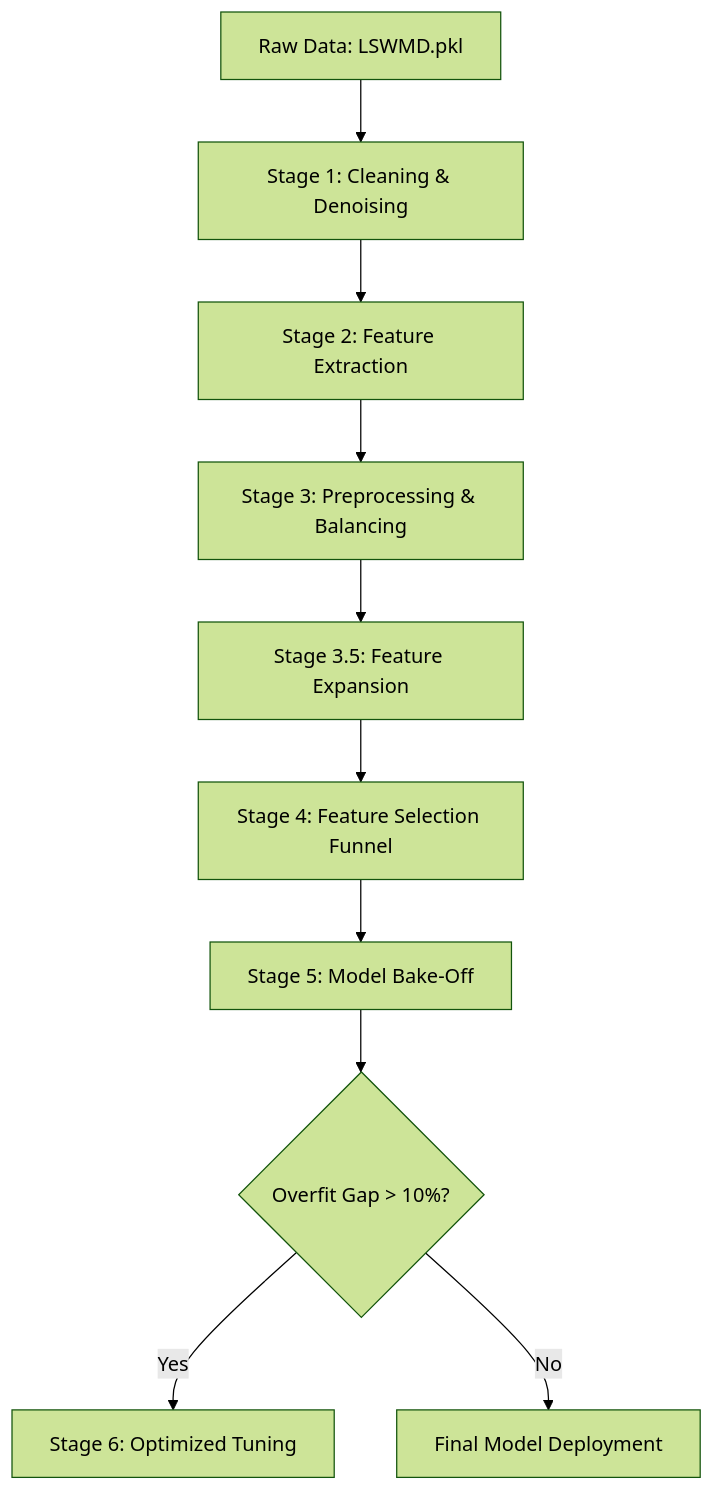
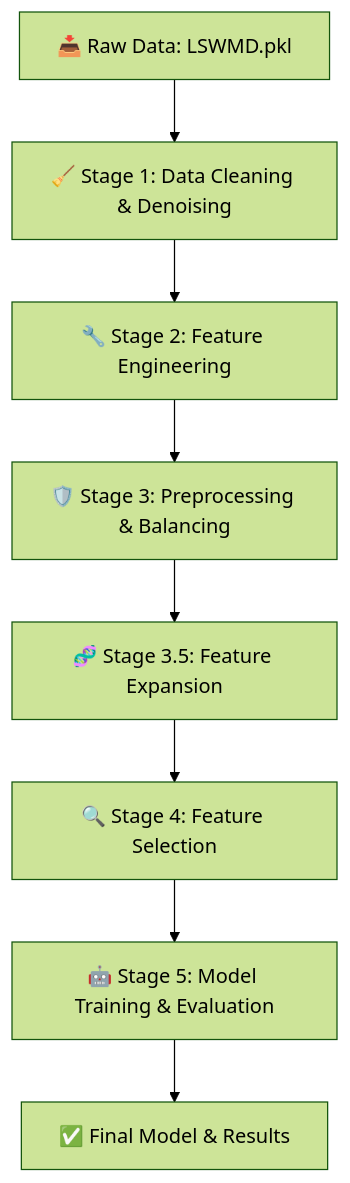
One commit to mohamadfirdaussz/Wafer-defect-classificassion-using-machine-learning-project changed the diagram in README.md. Above: the diagram before and after it, drawn with Mermaid (forest theme). The commit also changed other lines of this file and 6 other files, not shown here.

````diff
--- a/README.md
+++ b/README.md
@@ -30,12 +100,10 @@
 ```mermaid
-graph TD
-    A[Raw Data: LSWMD.pkl] --> B[Stage 1: Cleaning & Denoising]
-    B --> C[Stage 2: Feature Extraction]
-    C --> D[Stage 3: Preprocessing & Balancing]
-    D --> E[Stage 3.5: Feature Expansion]
-    E --> F[Stage 4: Feature Selection Funnel]
-    F --> G[Stage 5: Model Bake-Off]
-    G --> H{Overfit Gap > 10%?}
-    H -- Yes --> I[Stage 6: Optimized Tuning]
-    H -- No --> J[Final Model Deployment]
+graph TB
+    A[📥 Raw Data: LSWMD.pkl] --> B[🧹 Stage 1: Data Cleaning & Denoising]
+    B --> C[🔧 Stage 2: Feature Engineering]
+    C --> D[🛡️ Stage 3: Preprocessing & Balancing]
+    D --> E[🧬 Stage 3.5: Feature Expansion]
+    E --> F[🔍 Stage 4: Feature Selection]
+    F --> G[🤖 Stage 5: Model Training & Evaluation]
+    G --> H[✅ Final Model & Results]
 ```
````
